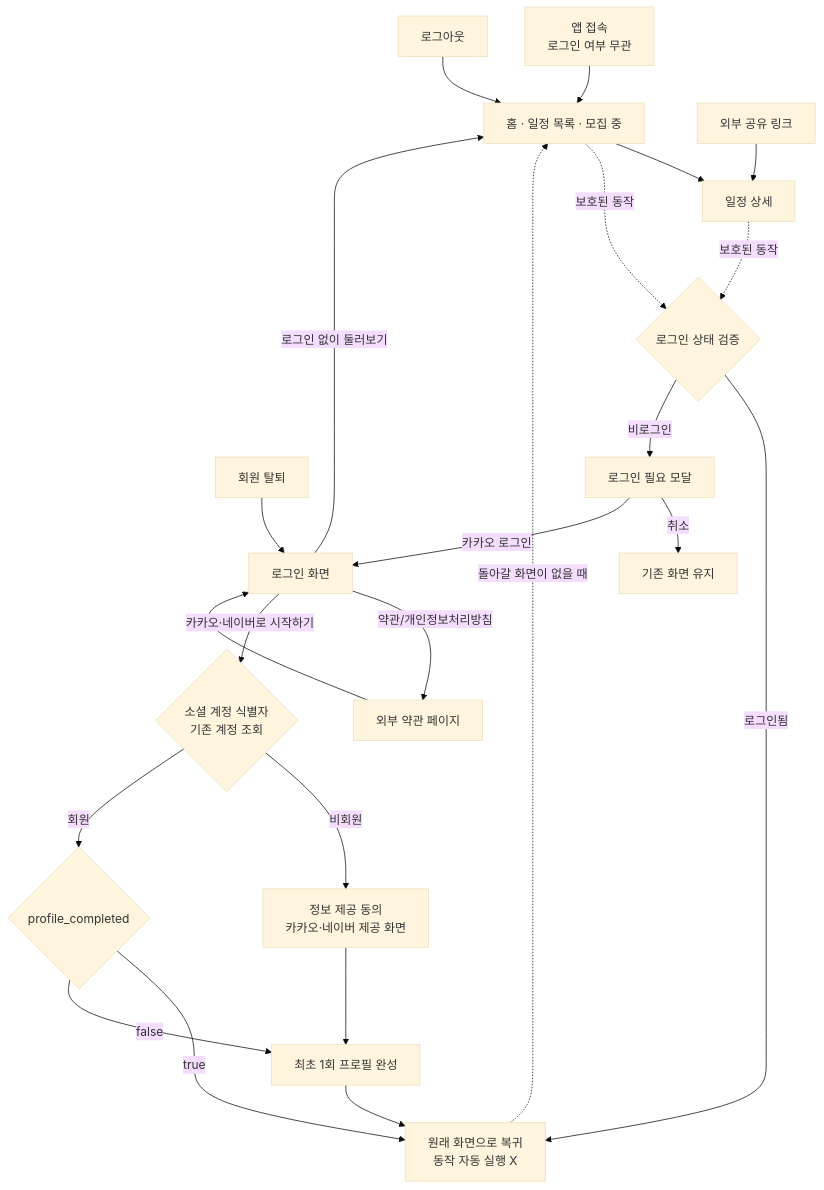
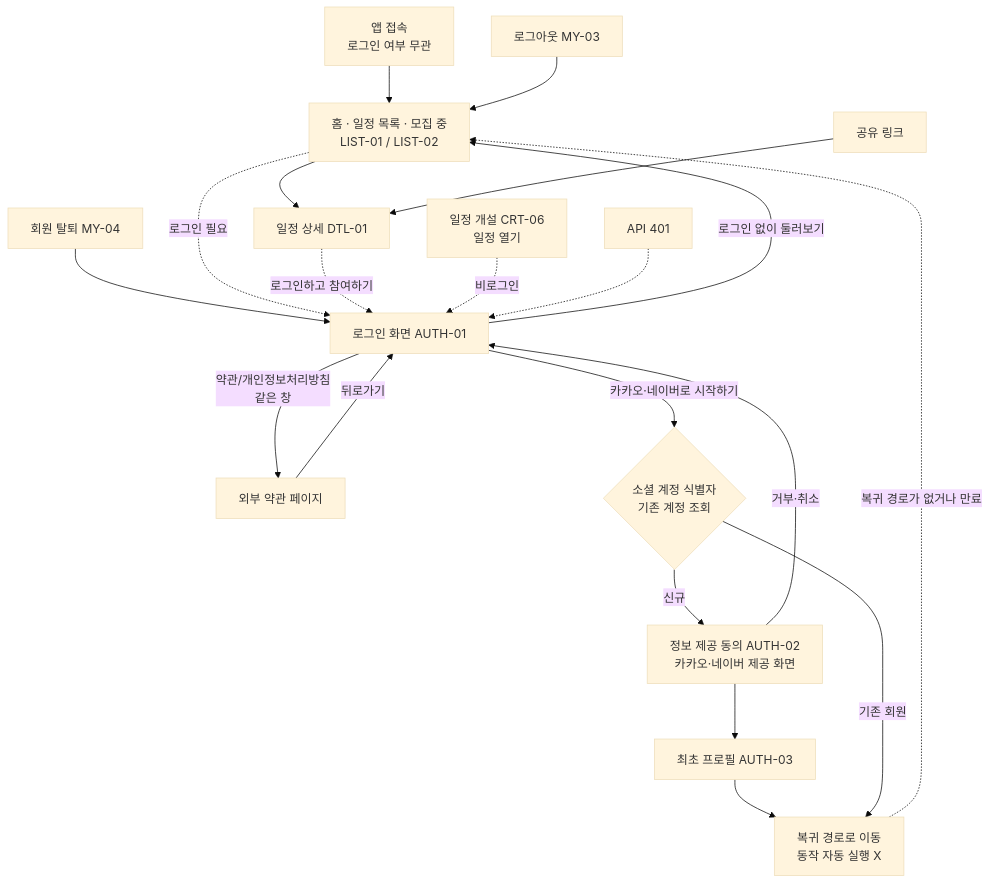
Before and after one commit to shineunsigan-project/snsg-fr: the first of 2 diagrams in docs/USER_FLOW.md, drawn with Mermaid (base theme). The commit also changed other lines of this file, not shown here.

````diff
--- a/docs/USER_FLOW.md
+++ b/docs/USER_FLOW.md
@@ -89,23 +101,20 @@
 ```mermaid
 flowchart TD
-    A[앱 접속<br/>로그인 여부 무관] --> H[홈 · 일정 목록 · 모집 중]
-    OUT[로그아웃] --> H
-    DEL[회원 탈퇴] --> L[로그인 화면]
+    A[앱 접속<br/>로그인 여부 무관] --> H[홈 · 일정 목록 · 모집 중<br/>LIST-01 / LIST-02]
+    OUT[로그아웃 MY-03] --> H
+    DEL[회원 탈퇴 MY-04] --> L[로그인 화면 AUTH-01]
     L -->|로그인 없이 둘러보기| H
-    L -->|약관/개인정보처리방침| T[외부 약관 페이지] --> L
+    L -->|약관/개인정보처리방침<br/>같은 창| T[외부 약관 페이지] -->|뒤로가기| L
     L -->|카카오·네이버로 시작하기| K{소셜 계정 식별자<br/>기존 계정 조회}
-    K -->|비회원| C[정보 제공 동의<br/>카카오·네이버 제공 화면] --> P[최초 1회 프로필 완성] --> R[원래 화면으로 복귀<br/>동작 자동 실행 X]
-    K -->|회원| PC{profile_completed}
-    PC -->|true| R
-    PC -->|false| P
+    K -->|신규| C[정보 제공 동의 AUTH-02<br/>카카오·네이버 제공 화면] --> P[최초 프로필 AUTH-03] --> R[복귀 경로로 이동<br/>동작 자동 실행 X]
+    K -->|기존 회원| R
+    C -->|거부·취소| L
 
-    H --> D[일정 상세]
-    EXT[외부 공유 링크] --> D
-    H -. 보호된 동작 .-> G{로그인 상태 검증}
-    D -. 보호된 동작 .-> G
-    G -->|로그인됨| R
-    G -->|비로그인| M[로그인 필요 모달]
-    M -->|취소| KEEP[기존 화면 유지]
-    M -->|카카오 로그인| L
-    R -.->|돌아갈 화면이 없을 때| H
+    H --> D[일정 상세 DTL-01]
+    EXT[공유 링크] --> D
+    H -. 로그인 필요 .-> L
+    D -. 로그인하고 참여하기 .-> L
+    CRT[일정 개설 CRT-06<br/>일정 열기] -. 비로그인 .-> L
+    API[API 401] -.-> L
+    R -.->|복귀 경로가 없거나 만료| H
 ```
````
